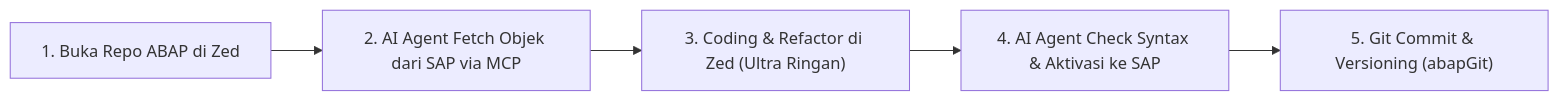
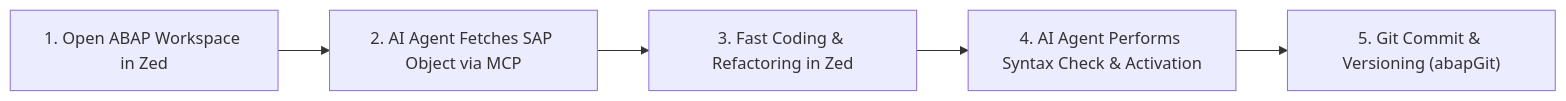
One commit to ghanda-syah/zed-ext-sap-abap changed the first of 3 diagrams in README.md. Above: the diagram before and after it, drawn with Mermaid. The commit also changed other lines of this file and 4 other files, not shown here.

Commit message:
feat(dap): add SAP-ABAP Debug Adapter Protocol (DAP) server, schema, and English documentation

````diff
--- a/README.md
+++ b/README.md
@@ -46,7 +51,7 @@
 ```mermaid
 flowchart LR
-    A["1. Buka Repo ABAP di Zed"] --> B["2. AI Agent Fetch Objek dari SAP via MCP"]
-    B --> C["3. Coding & Refactor di Zed (Ultra Ringan)"]
-    C --> D["4. AI Agent Check Syntax & Aktivasi ke SAP"]
+    A["1. Open ABAP Workspace in Zed"] --> B["2. AI Agent Fetches SAP Object via MCP"]
+    B --> C["3. Fast Coding & Refactoring in Zed"]
+    C --> D["4. AI Agent Performs Syntax Check & Activation"]
     D --> E["5. Git Commit & Versioning (abapGit)"]
 ```
````
